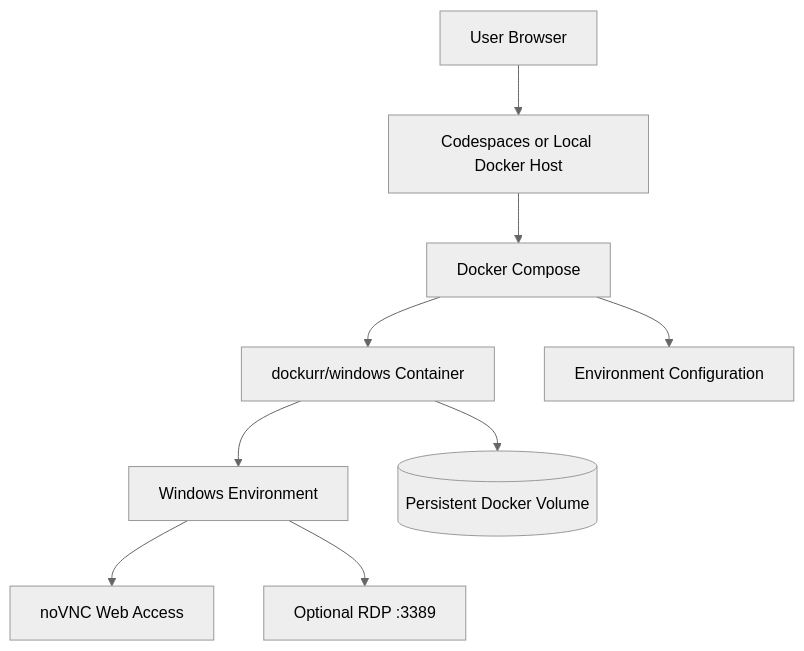
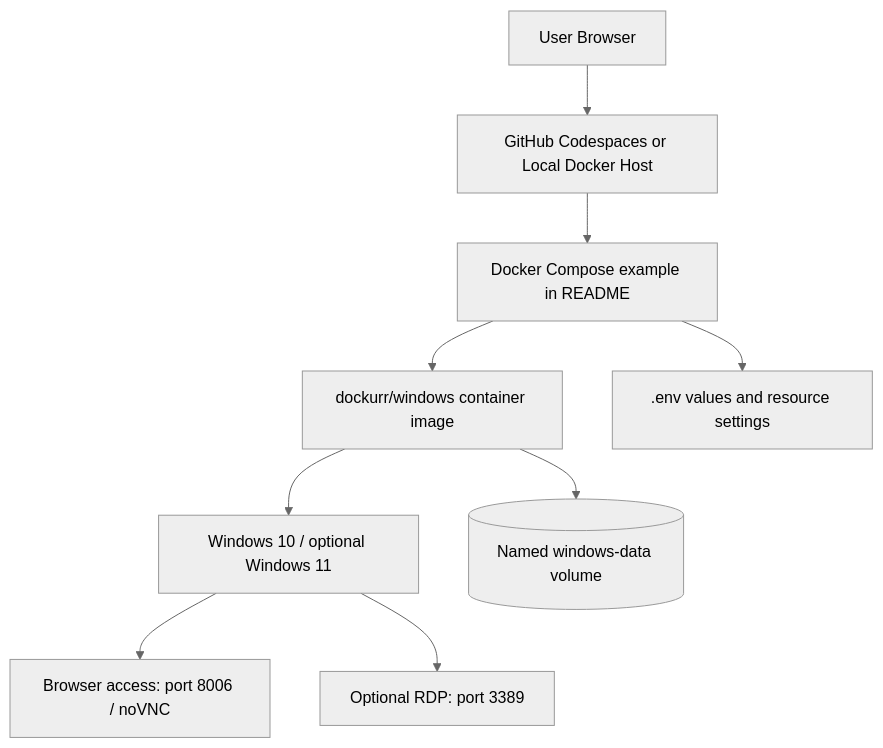
One commit to JonesPride/PC-Free changed the diagram in docs/wiki/Architecture.md. Above: the diagram before and after it, drawn with Mermaid (neutral theme). The commit also changed other lines of this file, not shown here.

Commit message:
docs: verify Architecture.md against current source

````diff
--- a/docs/wiki/Architecture.md
+++ b/docs/wiki/Architecture.md
@@ -4,11 +4,11 @@
 ```mermaid
 flowchart TD
-  A[User Browser] --> B[Codespaces or Local Docker Host]
-  B --> C[Docker Compose]
-  C --> D[dockurr/windows Container]
-  D --> E[Windows Environment]
-  E --> F[noVNC Web Access]
-  E --> G[Optional RDP :3389]
-  D --> H[(Persistent Docker Volume)]
-  C --> I[Environment Configuration]
+  U[User Browser] --> C[GitHub Codespaces or Local Docker Host]
+  C --> DC[Docker Compose example in README]
+  DC --> W[dockurr/windows container image]
+  W --> WIN[Windows 10 / optional Windows 11]
+  WIN --> WEB[Browser access: port 8006 / noVNC]
+  WIN --> RDP[Optional RDP: port 3389]
+  W --> VOL[(Named windows-data volume)]
+  DC --> ENV[.env values and resource settings]
 ```
````
